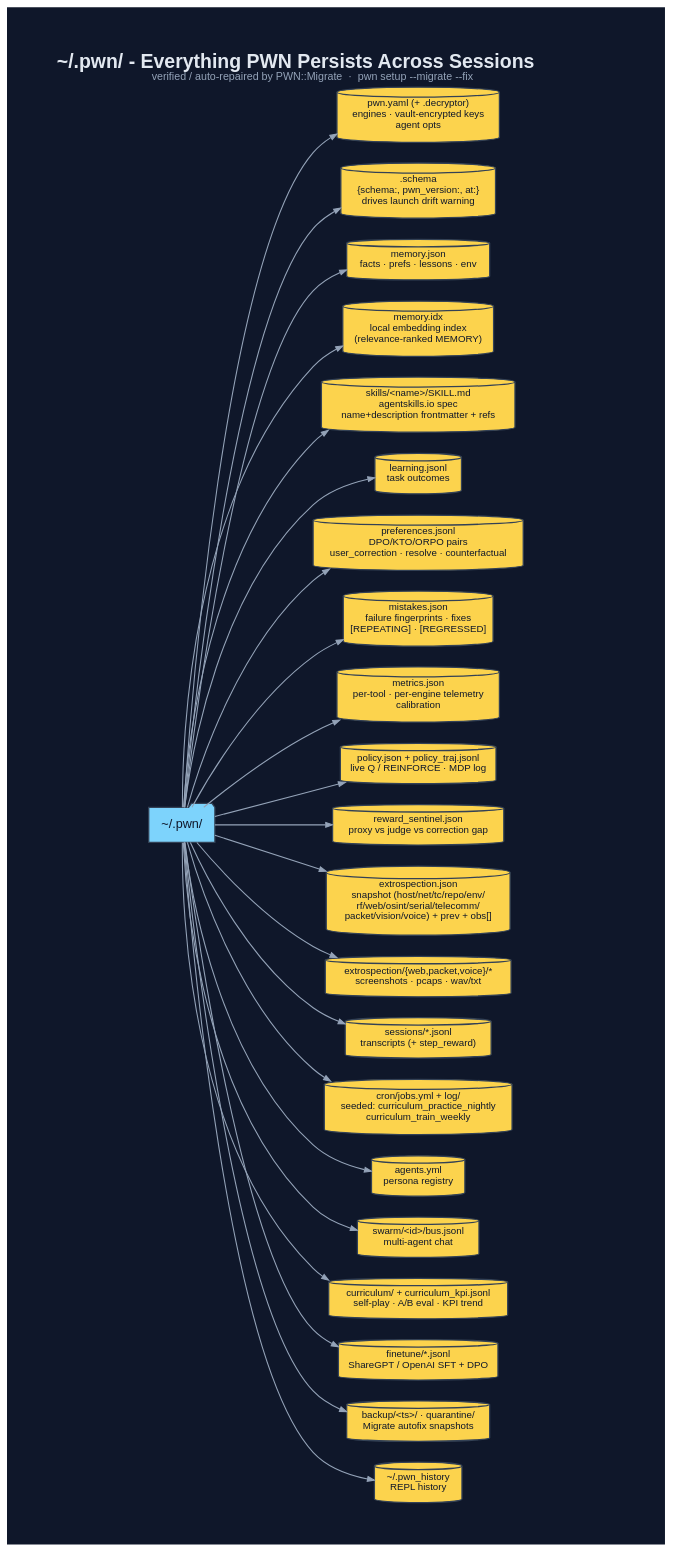
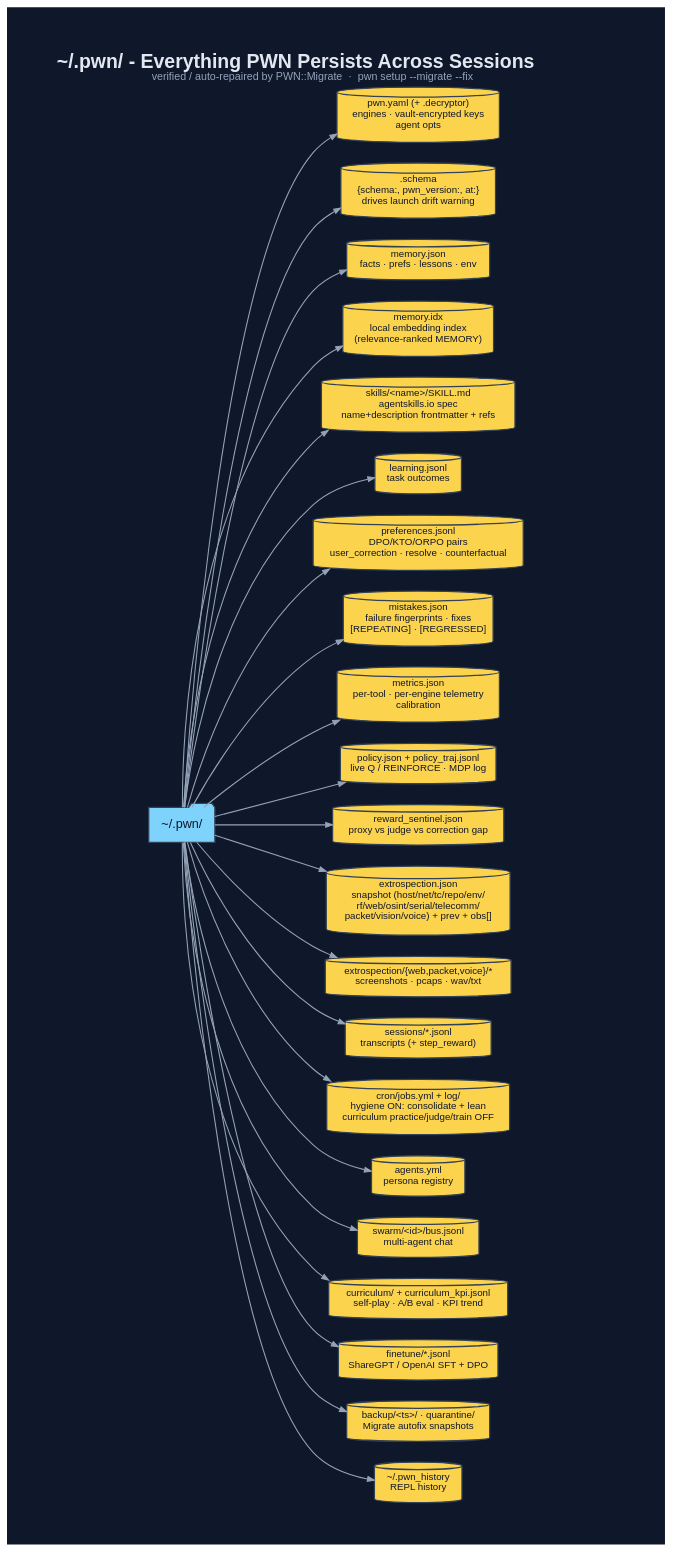
One commit to 0dayInc/pwn changed the diagram in documentation/diagrams/dot/persistence-filesystem.dot. Above: the diagram before and after it, drawn with Graphviz. The commit also changed 52 other files, not shown here.

```diff
--- a/documentation/diagrams/dot/persistence-filesystem.dot
+++ b/documentation/diagrams/dot/persistence-filesystem.dot
@@ -1,41 +1,41 @@
 digraph "PWN_Persistence" {
   graph [
     label=<<B>~/.pwn/ - Everything PWN Persists Across Sessions</B><BR/><FONT POINT-SIZE="11" COLOR="#94a3b8">verified / auto-repaired by PWN::Migrate  ·  pwn setup --migrate --fix</FONT>>,
     labelloc=t, fontsize=20, fontname="Helvetica",
     rankdir=LR, splines=spline, nodesep=0.3, ranksep=1.4,
     bgcolor="#0f172a", fontcolor="#e2e8f0", pad=0.6, newrank=true
   ];
   node [fontname="Helvetica", fontsize=10, style="filled,rounded",
         shape=box, penwidth=1.3, color="#334155", fontcolor="#0f172a"];
   edge [color="#94a3b8", penwidth=1.1, arrowsize=0.7];
 
   Root [label="~/.pwn/", shape=folder, fillcolor="#7dd3fc", fontsize=13];
 
   node [shape=cylinder, fillcolor="#fcd34d"];
   cfg  [label="pwn.yaml (+ .decryptor)\nengines · vault-encrypted keys\nagent opts"];
   schm [label=".schema\n{schema:, pwn_version:, at:}\ndrives launch drift warning"];
   mem  [label="memory.json\nfacts · prefs · lessons · env"];
   midx [label="memory.idx\nlocal embedding index\n(relevance-ranked MEMORY)"];
   skl  [label="skills/<name>/SKILL.md\nagentskills.io spec\nname+description frontmatter + refs"];
   lrn  [label="learning.jsonl\ntask outcomes"];
   prf  [label="preferences.jsonl\nDPO/KTO/ORPO pairs\nuser_correction · resolve · counterfactual"];
   mis  [label="mistakes.json\nfailure fingerprints · fixes\n[REPEATING] · [REGRESSED]"];
   met  [label="metrics.json\nper-tool · per-engine telemetry\ncalibration"];
   pol  [label="policy.json + policy_traj.jsonl\nlive Q / REINFORCE · MDP log"];
   rws  [label="reward_sentinel.json\nproxy vs judge vs correction gap"];
   ext  [label="extrospection.json\nsnapshot (host/net/tc/repo/env/\nrf/web/osint/serial/telecomm/\npacket/vision/voice) + prev + obs[]"];
   eart [label="extrospection/{web,packet,voice}/*\nscreenshots · pcaps · wav/txt"];
   ses  [label="sessions/*.jsonl\ntranscripts (+ step_reward)"];
-  crn  [label="cron/jobs.yml + log/\nseeded: curriculum_practice_nightly\ncurriculum_train_weekly"];
+  crn  [label="cron/jobs.yml + log/\nhygiene ON: consolidate + lean\ncurriculum practice/judge/train OFF"];
   agt  [label="agents.yml\npersona registry"];
   swm  [label="swarm/<id>/bus.jsonl\nmulti-agent chat"];
   cur  [label="curriculum/ + curriculum_kpi.jsonl\nself-play · A/B eval · KPI trend"];
   ftn  [label="finetune/*.jsonl\nShareGPT / OpenAI SFT + DPO"];
   bkp  [label="backup/<ts>/ · quarantine/\nMigrate autofix snapshots"];
   hist [label="~/.pwn_history\nREPL history"];
 
   Root->cfg;  Root->schm; Root->mem;  Root->midx; Root->skl;  Root->lrn;
   Root->prf;  Root->mis;  Root->met;  Root->pol;  Root->rws;  Root->ext;  Root->eart;
   Root->ses;  Root->crn;  Root->agt;  Root->swm;  Root->cur;  Root->ftn;
   Root->bkp;  Root->hist;
 }
```
